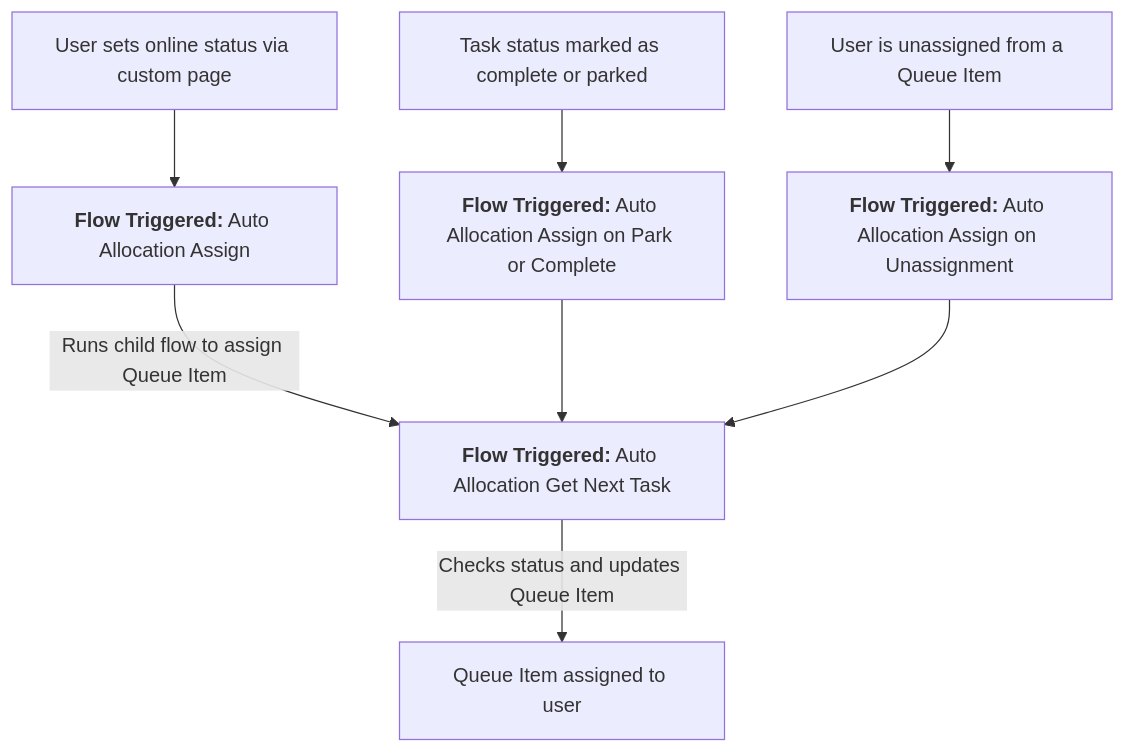
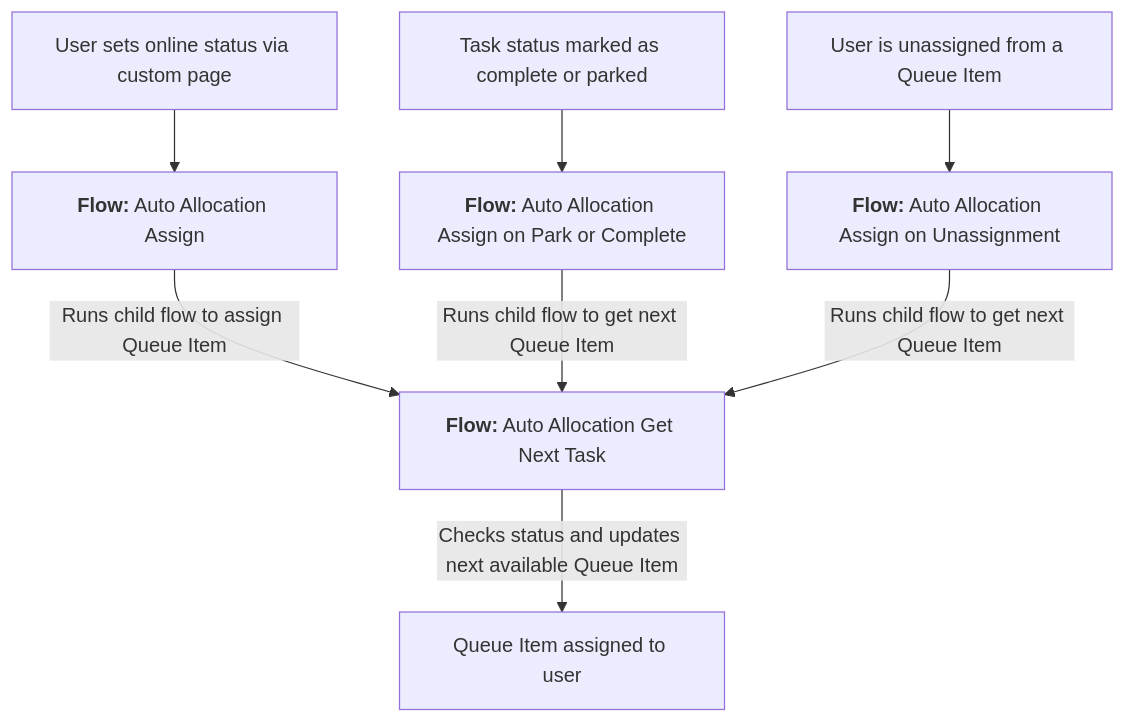
Before and after one commit to ThomasVineMoJ/ss-pp-cnbc-tasks: the seventh of 8 diagrams in base/documentation/high-level-design.md, drawn with Mermaid. The commit also changed other lines of this file, not shown here.

````diff
--- a/base/documentation/high-level-design.md
+++ b/base/documentation/high-level-design.md
@@ -251,20 +256,20 @@
 ```mermaid
 
  flowchart TD
  A[User sets online status via custom page]
- B[<b>Flow Triggered:</b> Auto Allocation Assign]
- C[<b>Flow Triggered:</b> Auto Allocation Get Next Task]
+ B[<b>Flow:</b> Auto Allocation Assign]
+ C[<b>Flow:</b> Auto Allocation Get Next Task]
  D[Queue Item assigned to user]
  E[Task status marked as complete or parked]
- F[<b>Flow Triggered:</b> Auto Allocation Assign on Park or Complete]
+ F[<b>Flow:</b> Auto Allocation Assign on Park or Complete]
  G[User is unassigned from a Queue Item]
- H[<b>Flow Triggered:</b> Auto Allocation Assign on Unassignment]
+ H[<b>Flow:</b> Auto Allocation Assign on Unassignment]
 
  A --> B
  B -- Runs child flow to assign Queue Item --> C
- C -- Checks status and updates Queue Item --> D
+ C -- Checks status and updates next available Queue Item --> D
  E --> F
- F --> C
+ F -- Runs child flow to get next Queue Item--> C
  G --> H
- H --> C
+ H -- Runs child flow to get next Queue Item--> C
 ```
````
